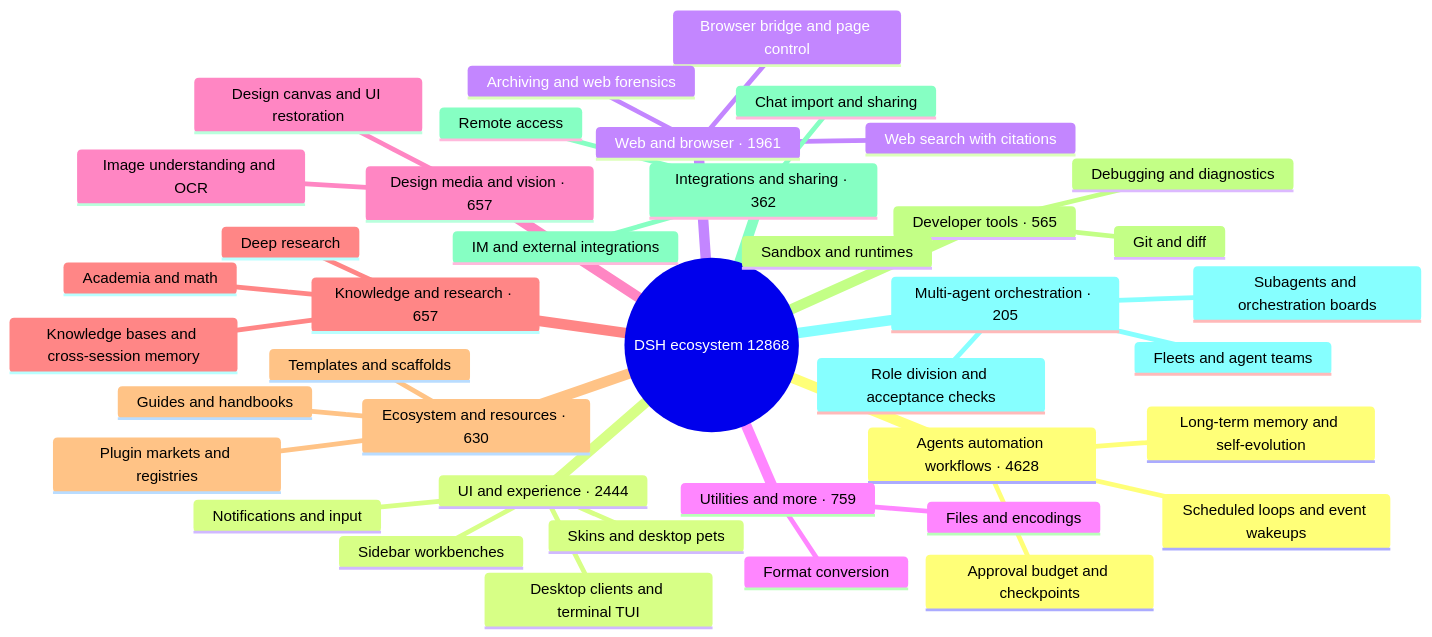
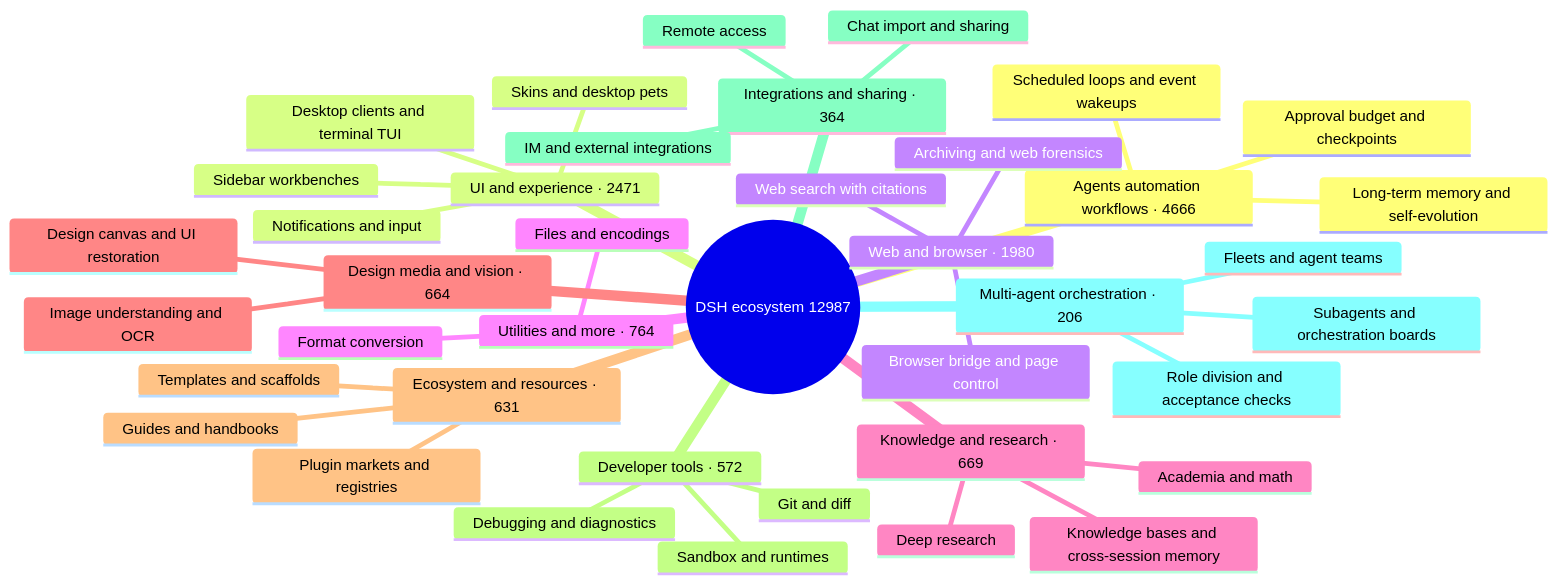
The diagram in README_EN.md (BOWLUNA/awesome-dsh-plugin), drawn with Mermaid before and after one commit. The commit also changed other lines of this file and 21 other files, not shown here.

````diff
--- a/README_EN.md
+++ b/README_EN.md
@@ -33,43 +33,43 @@
 ```mermaid
 mindmap
-  root((DSH ecosystem 12868))
-    Agents automation workflows · 4628
+  root((DSH ecosystem 12987))
+    Agents automation workflows · 4666
       Scheduled loops and event wakeups
       Long-term memory and self-evolution
       Approval budget and checkpoints
-    UI and experience · 2444
+    UI and experience · 2471
       Desktop clients and terminal TUI
       Sidebar workbenches
       Skins and desktop pets
       Notifications and input
-    Web and browser · 1961
+    Web and browser · 1980
       Browser bridge and page control
       Web search with citations
       Archiving and web forensics
-    Utilities and more · 759
+    Utilities and more · 764
       Files and encodings
       Format conversion
-    Design media and vision · 657
-      Image understanding and OCR
-      Design canvas and UI restoration
-    Knowledge and research · 657
+    Knowledge and research · 669
       Knowledge bases and cross-session memory
       Deep research
       Academia and math
-    Ecosystem and resources · 630
+    Design media and vision · 664
+      Image understanding and OCR
+      Design canvas and UI restoration
+    Ecosystem and resources · 631
       Plugin markets and registries
       Templates and scaffolds
       Guides and handbooks
-    Developer tools · 565
+    Developer tools · 572
       Git and diff
       Sandbox and runtimes
       Debugging and diagnostics
-    Integrations and sharing · 362
+    Integrations and sharing · 364
       Chat import and sharing
       Remote access
       IM and external integrations
-    Multi-agent orchestration · 205
+    Multi-agent orchestration · 206
       Subagents and orchestration boards
       Fleets and agent teams
       Role division and acceptance checks
 ```
````
